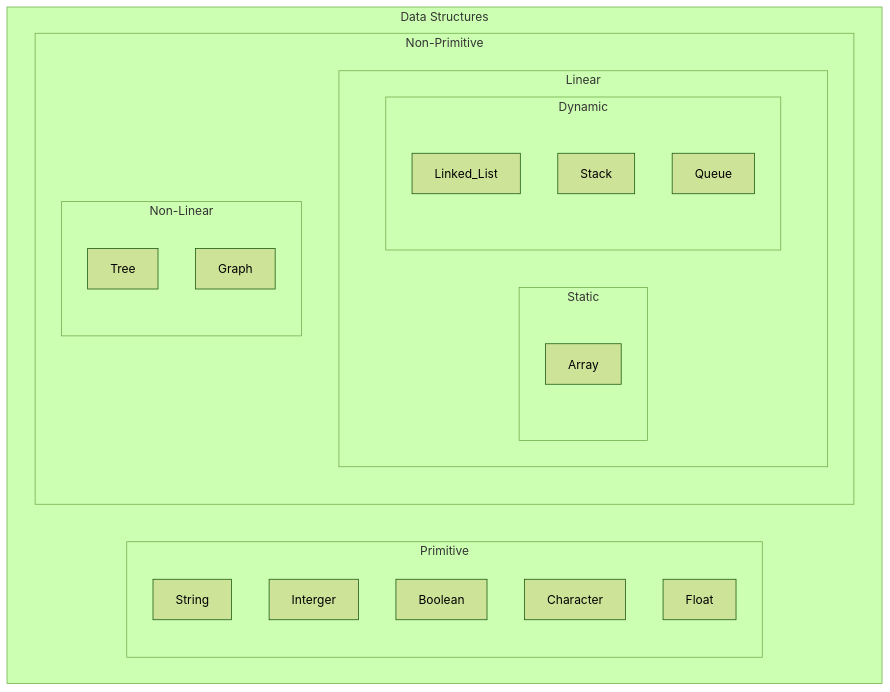
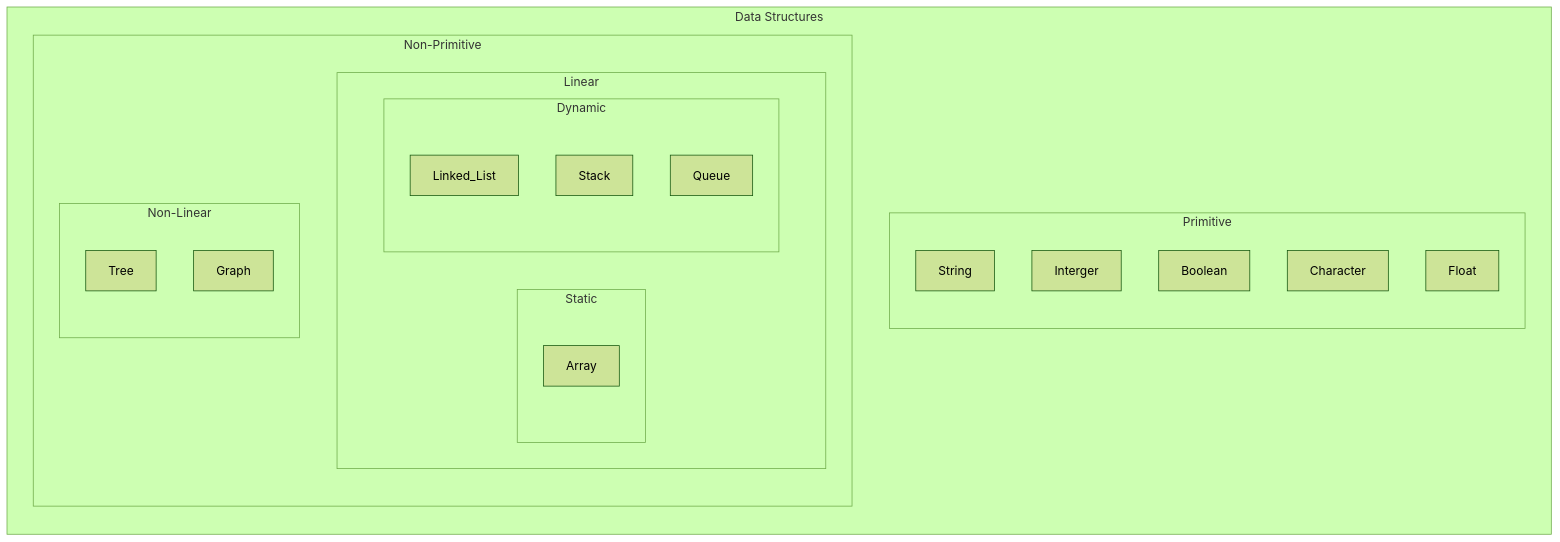
One commit to reubendevries/python-algorithims-data-structures changed the diagram in introduction/notes/data-structures.md. Above: the diagram before and after it, drawn with Mermaid (forest theme).

`````diff
--- a/introduction/notes/data-structures.md
+++ b/introduction/notes/data-structures.md
@@ -4,35 +4,35 @@
 ````mermaid
 flowchart LR
     subgraph Data Structures
-        direction LR
+        direction TB
         subgraph Primitive
             direction TB
             String
             Interger
             Boolean
             Character
             Float
         end
         subgraph Non-Primitive
             direction TB
             subgraph Linear
                 direction LR
                 subgraph Static
                     direction TB
                     Array
                 end
                 subgraph Dynamic
                     direction TB
                     Linked_List
                     Stack
                     Queue
                 end
             end
             subgraph Non-Linear
                 direction TB
                 Tree
                 Graph
             end
         end
     end
 ````
`````
